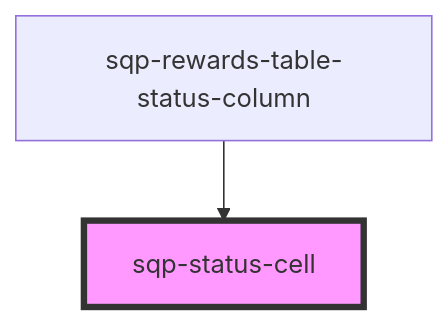
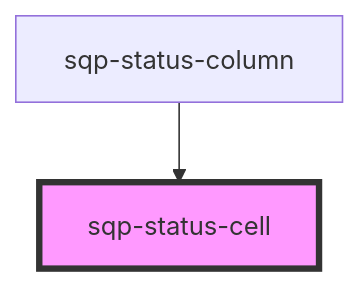
One commit to saasquatch/program-tools changed the diagram in packages/paypal-components/src/components/sqp-status-cell/readme.md. Above: the diagram before and after it, drawn with Mermaid. The commit also changed other lines of this file and 7 other files, not shown here.

````diff
--- a/packages/paypal-components/src/components/sqp-status-cell/readme.md
+++ b/packages/paypal-components/src/components/sqp-status-cell/readme.md
@@ -28,5 +28,5 @@
 ```mermaid
 graph TD;
-  sqp-rewards-table-status-column --> sqp-status-cell
+  sqp-status-column --> sqp-status-cell
   style sqp-status-cell fill:#f9f,stroke:#333,stroke-width:4px
 ```
````
